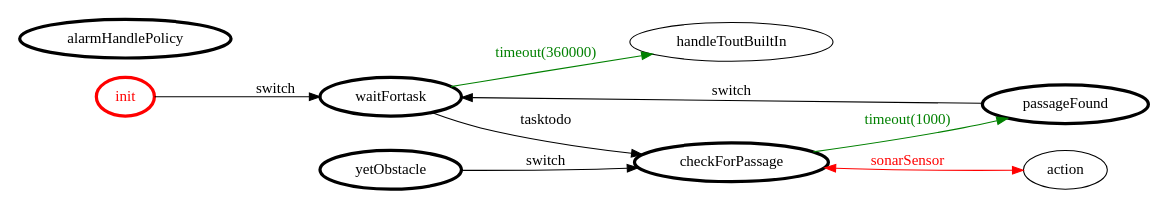
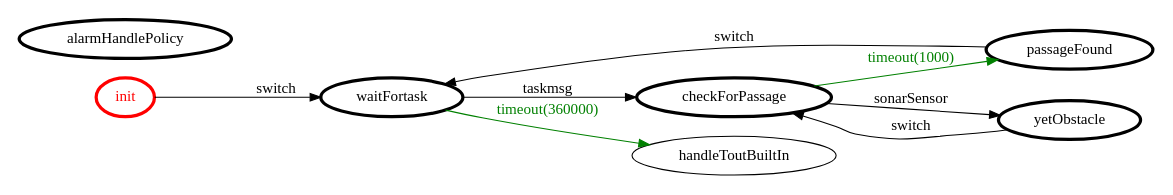
Before and after one commit to MatteoMendula/iss2018Lab: the diagram in it.unibo.mbot.applR1/bin/it/unibo/applr1agent/applr1agent.gv, drawn with Graphviz. The commit also changed 42 other files, not shown here.

```diff
--- a/it.unibo.mbot.applR1/bin/it/unibo/applr1agent/applr1agent.gv
+++ b/it.unibo.mbot.applR1/bin/it/unibo/applr1agent/applr1agent.gv
@@ -1,26 +1,26 @@
 /*
 *
 * A GraphViz DOT FSM description 
 * Please use a GraphViz visualizer (like http://www.webgraphviz.com)
 *  
 */
 
 digraph finite_state_machine {
 	rankdir=LR
 	size="8,5"
 	
 	init [ color = red ][ fontcolor = red ][ penwidth = 3 ]
 	passageFound [ color = black ][ fontcolor = black ][ penwidth = 3 ]
 	checkForPassage [ color = black ][ fontcolor = black ][ penwidth = 3 ]
 	yetObstacle [ color = black ][ fontcolor = black ][ penwidth = 3 ]
 	alarmHandlePolicy [ color = black ][ fontcolor = black ][ penwidth = 3 ]
 	waitFortask [ color = black ][ fontcolor = black ][ penwidth = 3 ]
 	
+	waitFortask -> checkForPassage [ label = "taskmsg" ][ color = black ][ fontcolor = black ]
+	checkForPassage -> yetObstacle [ label = "sonarSensor" ][ color = black ][ fontcolor = black ]
 	yetObstacle -> checkForPassage [ label = "switch" ][ color = black ][ fontcolor = black ]
 	passageFound -> waitFortask [ label = "switch" ][ color = black ][ fontcolor = black ]
-	waitFortask -> checkForPassage [ label = "tasktodo" ][ color = black ][ fontcolor = black ]
 	checkForPassage -> passageFound [ label = "timeout(1000)" ][ color = green ][ fontcolor = green ]
 	waitFortask -> handleToutBuiltIn [ label = "timeout(360000)" ][ color = green ][ fontcolor = green ]
 	init -> waitFortask [ label = "switch" ][ color = black ][ fontcolor = black ]
-	checkForPassage -> action [ label = "sonarSensor" ][ color = red ][ fontcolor = red ][ dir = both ]
 }
```
